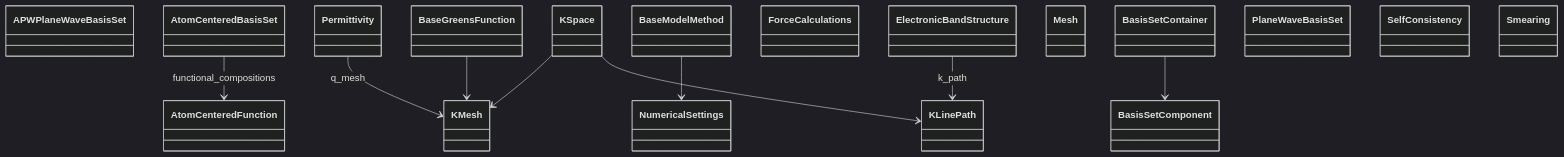
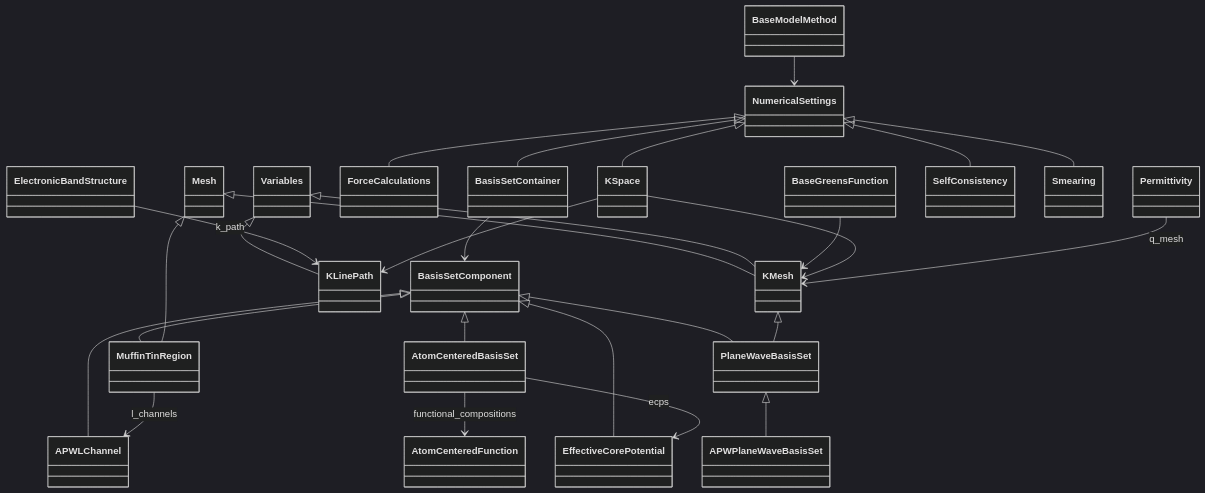
One commit to FAIRmat-NFDI/nomad-simulations changed the diagram in docs/schema/numerical_settings.diagram.md. Above: the diagram before and after it, drawn with Mermaid (dark theme). The commit also changed other lines of this file and 52 other files, not shown here.

Commit message:
add inheritance to diagrams, better organization

````diff
--- a/docs/schema/numerical_settings.diagram.md
+++ b/docs/schema/numerical_settings.diagram.md
@@ -15,47 +16,73 @@
 ```mermaid
 classDiagram
+    class APWLChannel {
+    }
     class APWPlaneWaveBasisSet {
     }
     class AtomCenteredBasisSet {
     }
     class AtomCenteredFunction {
     }
     class BaseGreensFunction {
     }
     class BaseModelMethod {
     }
     class BasisSetComponent {
     }
     class BasisSetContainer {
     }
+    class EffectiveCorePotential {
+    }
     class ElectronicBandStructure {
     }
     class ForceCalculations {
     }
     class KLinePath {
     }
     class KMesh {
     }
     class KSpace {
     }
     class Mesh {
     }
+    class MuffinTinRegion {
+    }
     class NumericalSettings {
     }
     class Permittivity {
     }
     class PlaneWaveBasisSet {
     }
     class SelfConsistency {
     }
     class Smearing {
     }
+    class Variables {
+    }
+    BasisSetComponent <|-- APWLChannel
+    PlaneWaveBasisSet <|-- APWPlaneWaveBasisSet
+    BasisSetComponent <|-- AtomCenteredBasisSet
+    NumericalSettings <|-- BasisSetContainer
+    BasisSetComponent <|-- EffectiveCorePotential
+    NumericalSettings <|-- ForceCalculations
+    Variables <|-- KLinePath
+    Mesh <|-- KMesh
+    Variables <|-- KMesh
+    NumericalSettings <|-- KSpace
+    BasisSetComponent <|-- MuffinTinRegion
+    Mesh <|-- MuffinTinRegion
+    BasisSetComponent <|-- PlaneWaveBasisSet
+    KMesh <|-- PlaneWaveBasisSet
+    NumericalSettings <|-- SelfConsistency
+    NumericalSettings <|-- Smearing
     AtomCenteredBasisSet --> AtomCenteredFunction : functional_compositions
+    AtomCenteredBasisSet --> EffectiveCorePotential : ecps
     BaseGreensFunction --> KMesh
     BaseModelMethod --> NumericalSettings
     BasisSetContainer --> BasisSetComponent
     ElectronicBandStructure --> KLinePath : k_path
     KSpace --> KLinePath
     KSpace --> KMesh
+    MuffinTinRegion --> APWLChannel : l_channels
     Permittivity --> KMesh : q_mesh
 ```
````
